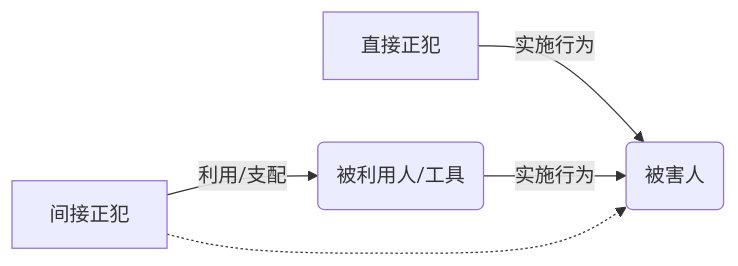
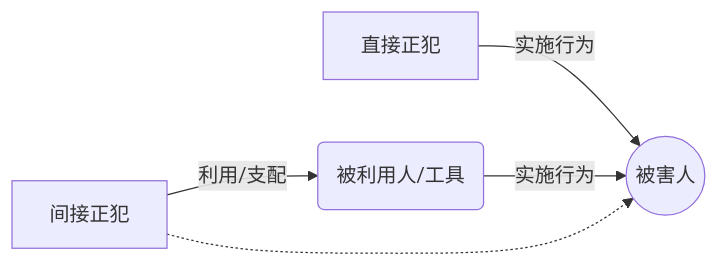
Before and after one commit to chilly-chilli/ChillyChilli: the sixth of 7 diagrams in content/法学/刑法/VIII 共同犯罪.md, drawn with Mermaid. The commit also changed other lines of this file and 67 other files, not shown here.

````diff
--- a/content/法学/刑法/VIII 共同犯罪.md
+++ b/content/法学/刑法/VIII 共同犯罪.md
@@ -284,7 +340,7 @@
 ```mermaid
 graph LR
-    A[直接正犯] -- 实施行为 --> B(被害人);
+    A[直接正犯] -- 实施行为 --> B((被害人));
     C[间接正犯] -- 利用/支配 --> D(被利用人/工具);
     D -- 实施行为 --> B;
     C -.-> B;
 ```
````
